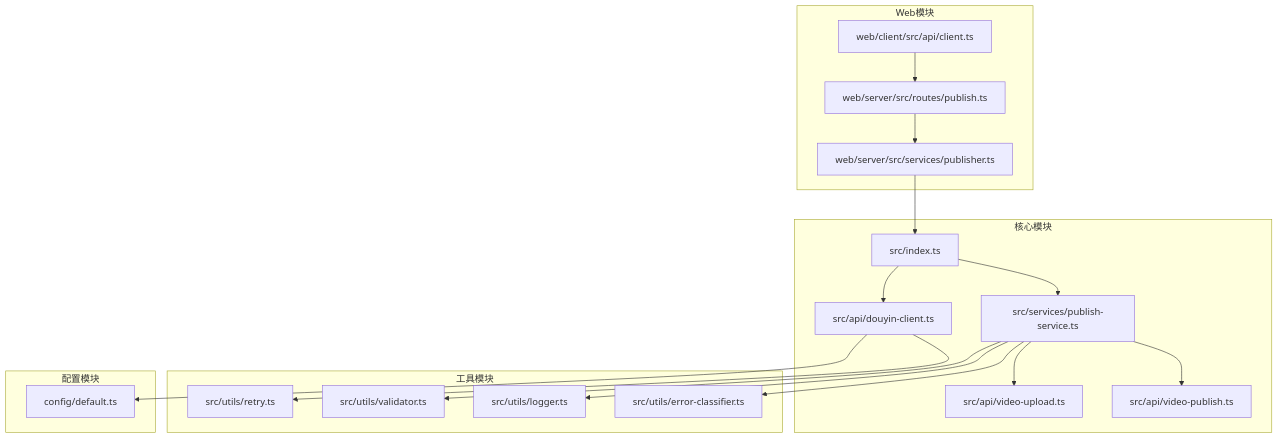
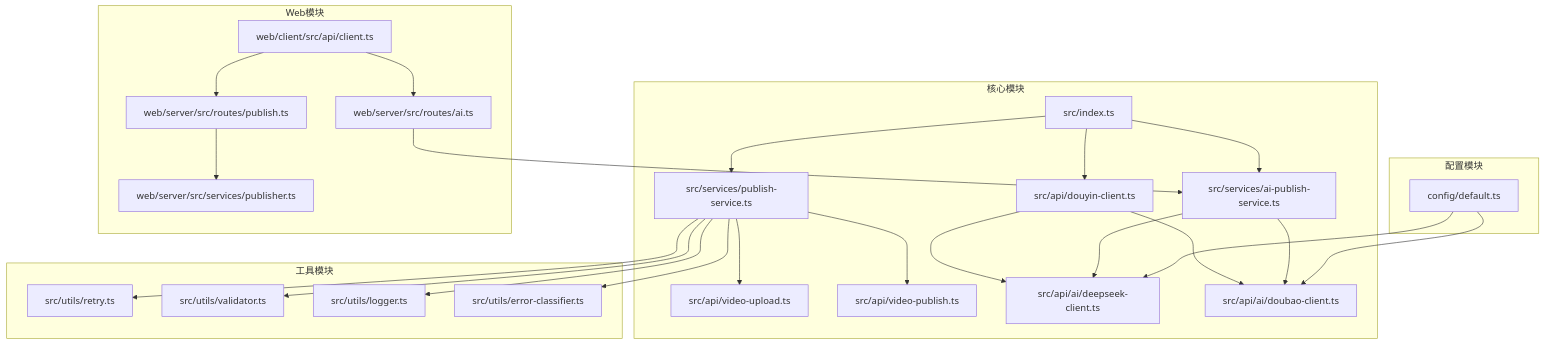
One commit to songdiyang/clawOperations changed diagram 11 of 11 in .qoder/repowiki/zh/content/API客户端增强.md. Above: the diagram before and after it, drawn with Mermaid. The commit also changed other lines of this file and 5 other files, not shown here.

````diff
--- a/.qoder/repowiki/zh/content/API客户端增强.md
+++ b/.qoder/repowiki/zh/content/API客户端增强.md
@@ -323,36 +467,47 @@
 ```mermaid
 graph TB
 subgraph "核心模块"
 A[src/index.ts]
 B[src/api/douyin-client.ts]
 C[src/api/video-upload.ts]
 D[src/api/video-publish.ts]
 E[src/services/publish-service.ts]
+F[src/api/ai/deepseek-client.ts]
+G[src/api/ai/doubao-client.ts]
+H[src/services/ai-publish-service.ts]
 end
 subgraph "工具模块"
-F[src/utils/retry.ts]
-G[src/utils/validator.ts]
-H[src/utils/logger.ts]
-I[src/utils/error-classifier.ts]
+I[src/utils/retry.ts]
+J[src/utils/validator.ts]
+K[src/utils/logger.ts]
+L[src/utils/error-classifier.ts]
 end
 subgraph "配置模块"
-J[config/default.ts]
+M[config/default.ts]
 end
 subgraph "Web模块"
-K[web/client/src/api/client.ts]
-L[web/server/src/routes/publish.ts]
-M[web/server/src/services/publisher.ts]
+N[web/client/src/api/client.ts]
+O[web/server/src/routes/publish.ts]
+P[web/server/src/routes/ai.ts]
+Q[web/server/src/services/publisher.ts]
 end
 A --> B
 A --> E
+A --> H
 B --> F
-B --> J
+B --> G
 E --> C
 E --> D
-E --> G
-E --> H
 E --> I
-K --> L
-L --> M
-M --> A
+E --> J
+E --> K
+E --> L
+H --> F
+H --> G
+N --> O
+N --> P
+O --> Q
+P --> H
+M --> F
+M --> G
 ```
````
